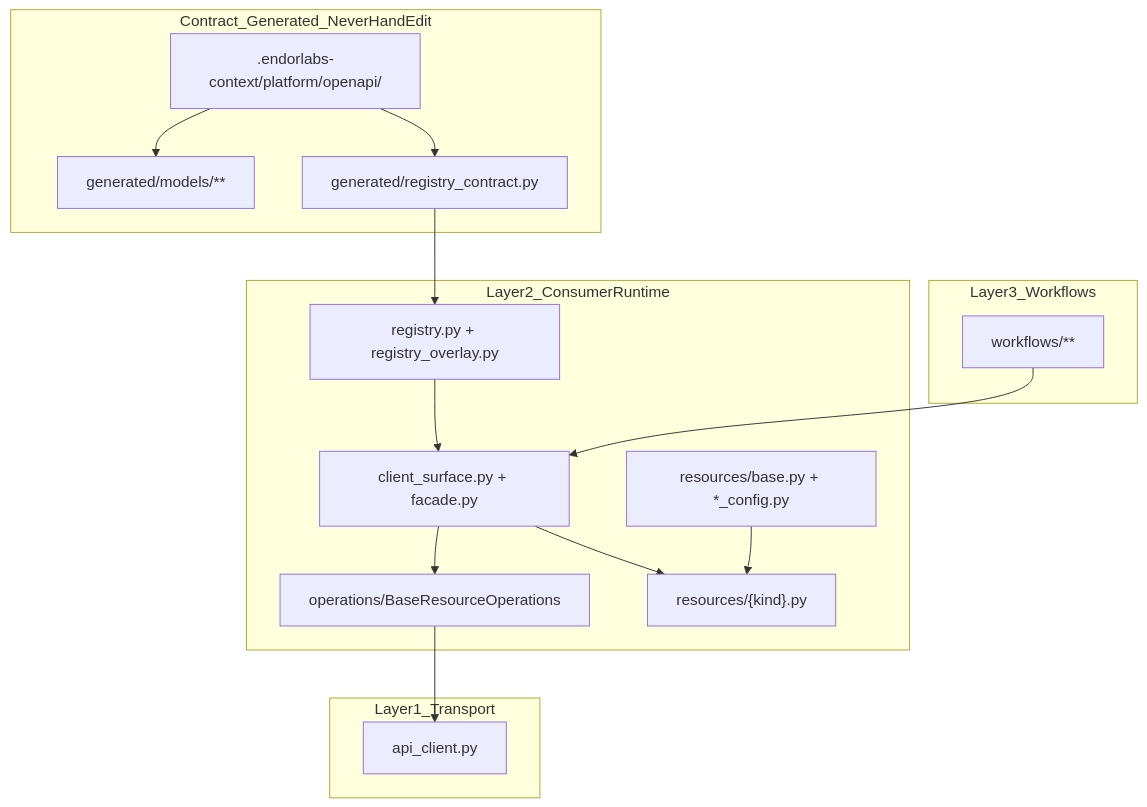
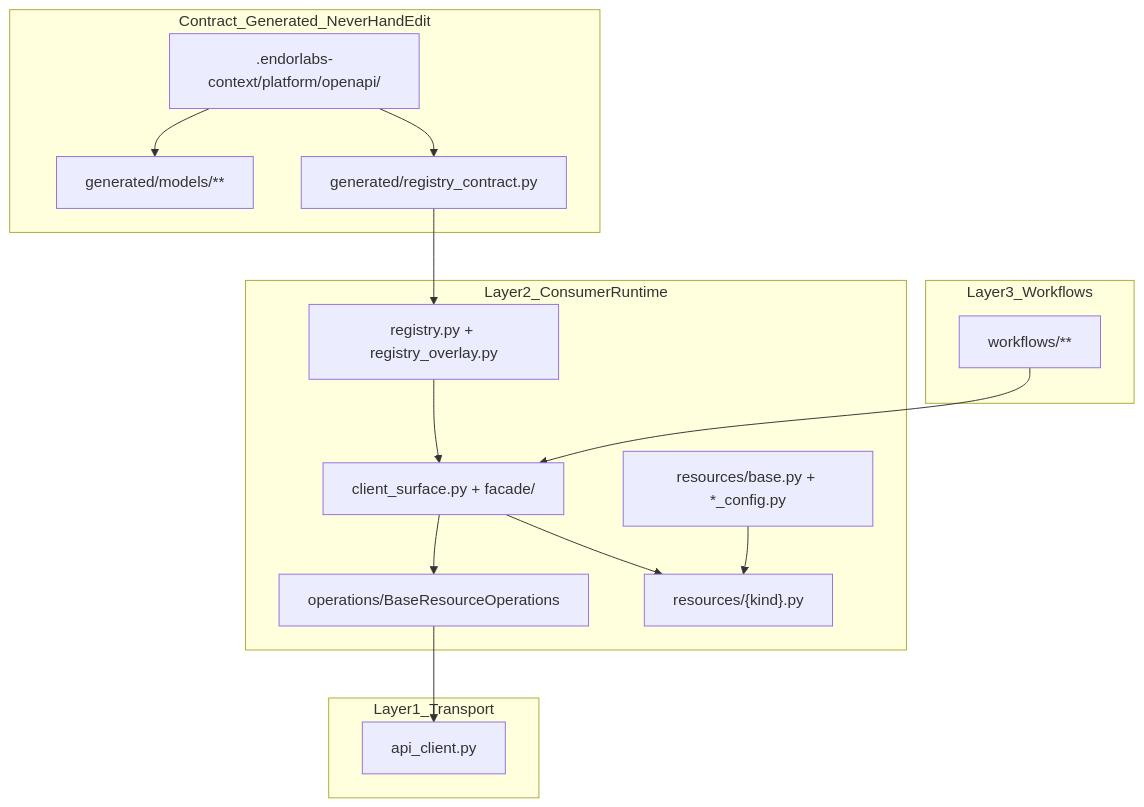
The second of 3 diagrams in docs/contributing/architecture.md (endorlabs/endorlabs-sdk), drawn with Mermaid before and after one commit. The commit also changed other lines of this file and 46 other files, not shown here.

````diff
--- a/docs/contributing/architecture.md
+++ b/docs/contributing/architecture.md
@@ -105,30 +105,30 @@
 ```mermaid
 flowchart TB
     subgraph transport [Layer1_Transport]
         APIClient["api_client.py"]
     end
     subgraph contract [Contract_Generated_NeverHandEdit]
         OpenAPI[".endorlabs-context/platform/openapi/"]
         GenModels["generated/models/**"]
         GenContract["generated/registry_contract.py"]
     end
     subgraph runtime [Layer2_ConsumerRuntime]
         Registry["registry.py + registry_overlay.py"]
-        Client["client_surface.py + facade.py"]
+        Client["client_surface.py + facade/"]
         Ops["operations/BaseResourceOperations"]
         ResBase["resources/base.py + *_config.py"]
         ResKinds["resources/{kind}.py"]
     end
     subgraph orchestration [Layer3_Workflows]
         Workflows["workflows/**"]
     end
     OpenAPI --> GenModels
     OpenAPI --> GenContract
     GenContract --> Registry
     Registry --> Client
     Client --> Ops
     Ops --> APIClient
     Client --> ResKinds
     ResBase --> ResKinds
     Workflows --> Client
 ```
````
